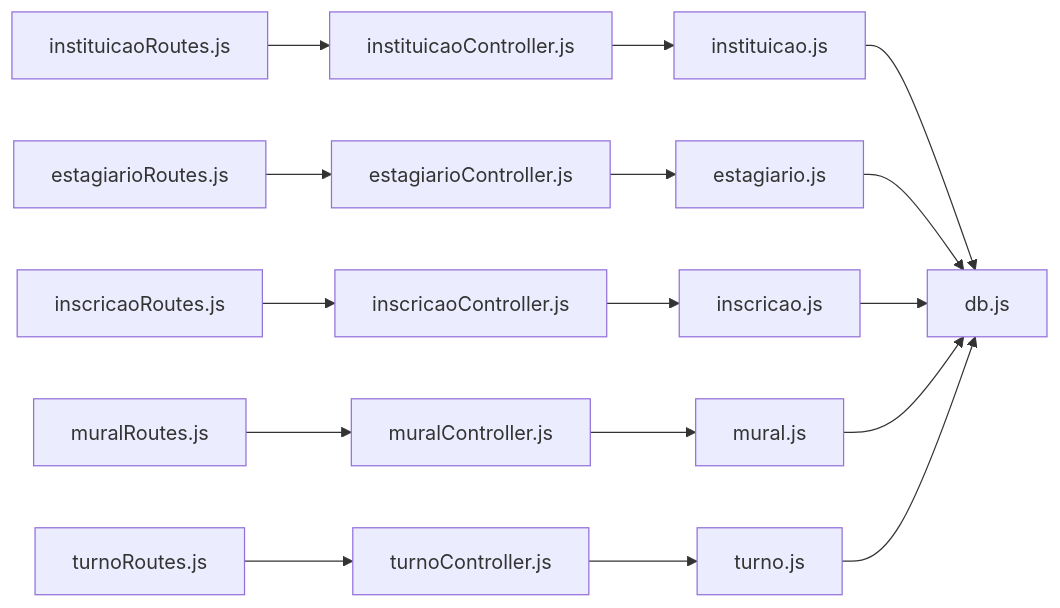
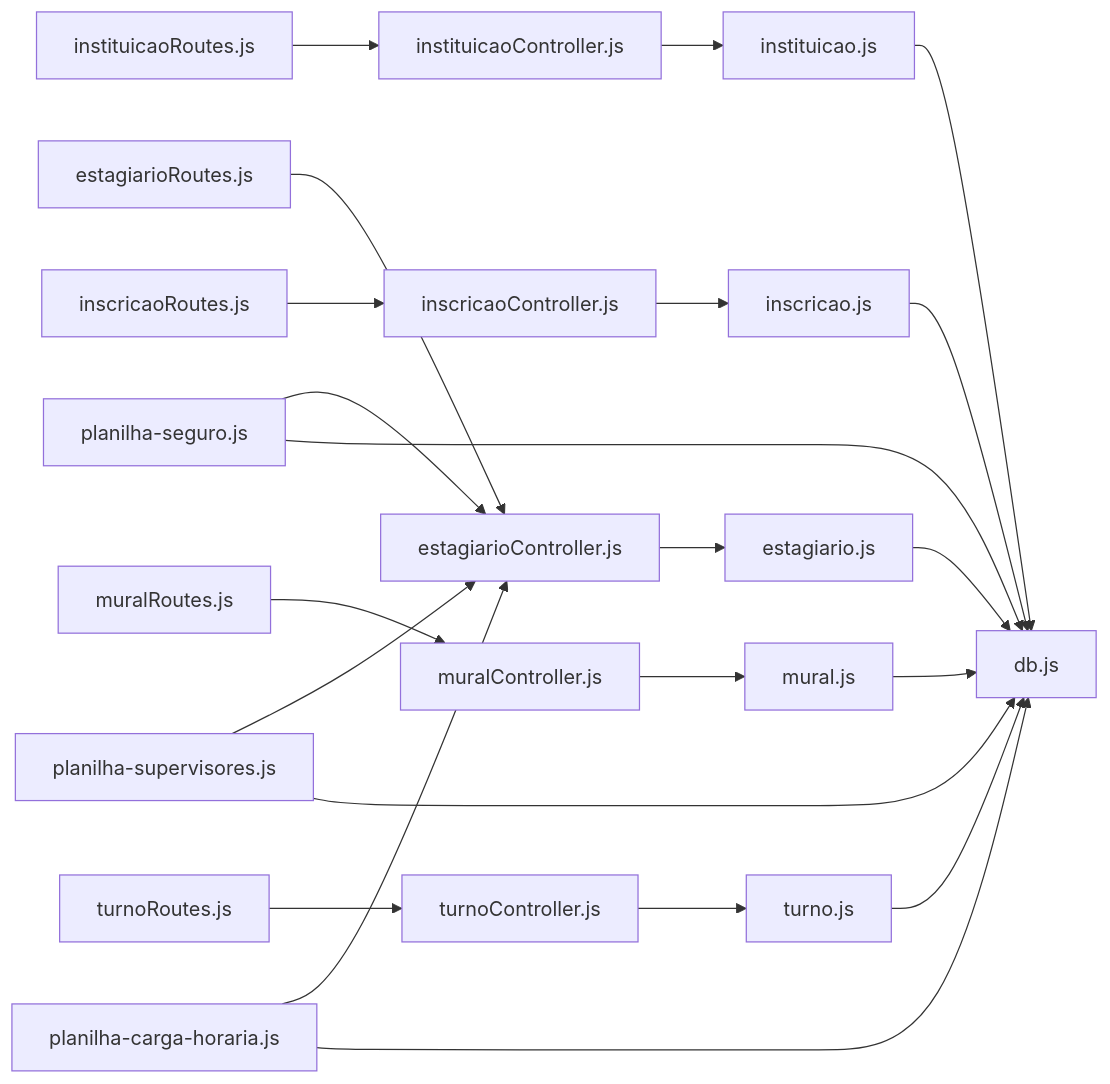
One commit to luiseduacosta/nodemural changed the fourth of 4 diagrams in .qoder/repowiki/en/content/Data Models & Database Design/Student & Internship Models.md. Above: the diagram before and after it, drawn with Mermaid. The commit also changed other lines of this file and 30 other files, not shown here.

Commit message:
Update tables schema.

````diff
--- a/.qoder/repowiki/en/content/Data Models & Database Design/Student & Internship Models.md
+++ b/.qoder/repowiki/en/content/Data Models & Database Design/Student & Internship Models.md
@@ -636,18 +720,24 @@
 ```mermaid
 graph LR
 R1["instituicaoRoutes.js"] --> C1["instituicaoController.js"]
 R2["estagiarioRoutes.js"] --> C2["estagiarioController.js"]
 R3["inscricaoRoutes.js"] --> C3["inscricaoController.js"]
 R4["muralRoutes.js"] --> C4["muralController.js"]
 R5["turnoRoutes.js"] --> C5["turnoController.js"]
+P1["planilha-seguro.js"] --> C2
+P2["planilha-supervisores.js"] --> C2
+P3["planilha-carga-horaria.js"] --> C2
 C1 --> M1["instituicao.js"]
 C2 --> M2["estagiario.js"]
 C3 --> M3["inscricao.js"]
 C4 --> M4["mural.js"]
 C5 --> MT["turno.js"]
 M1 --> DB["db.js"]
 M2 --> DB
 M3 --> DB
 M4 --> DB
 MT --> DB
+P1 --> DB
+P2 --> DB
+P3 --> DB
 ```
````
